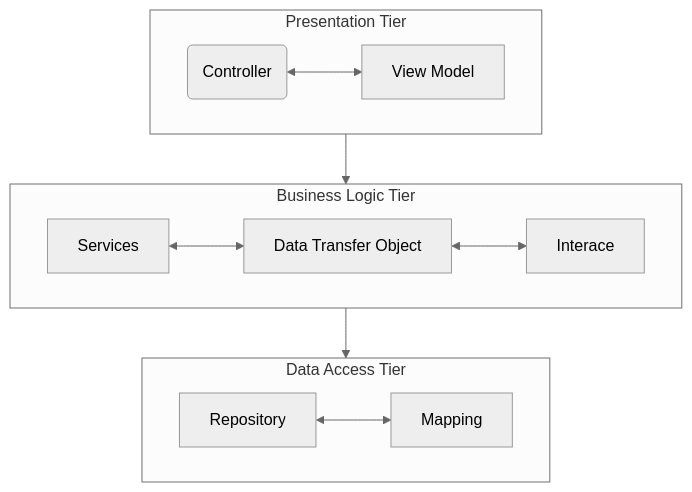
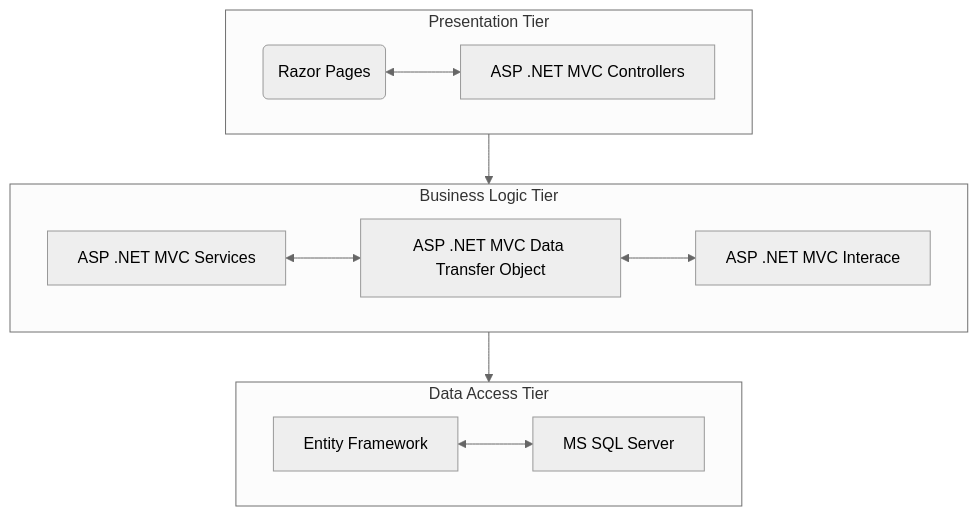
One commit to msmagnanijr/edc-dotnet-csharp changed the first of 2 diagrams in project-de-bloco/TP05/README.md. Above: the diagram before and after it, drawn with Mermaid. The commit also changed other lines of this file, not shown here.

````diff
--- a/project-de-bloco/TP05/README.md
+++ b/project-de-bloco/TP05/README.md
@@ -11,19 +14,19 @@
 ```mermaid
 %%{init:{"theme":"neutral"}}%%
 flowchart TB
 
   Presentation --> Bussiness --> Data
 
   subgraph Presentation [Presentation Tier]
-    A(Controller) <--> B[ View Model]
+    A(Razor Pages) <--> B[ ASP .NET MVC Controllers]
   end
 
   subgraph Bussiness [Business Logic Tier]
-    C[Services] <--> D[Data Transfer Object] <--> E[Interace]
+    C[ASP .NET MVC Services] <--> D[ASP .NET MVC Data Transfer Object] <--> E[ASP .NET MVC Interace]
   end
 
   subgraph Data [Data Access Tier]
-    G[Repository] <--> F[Mapping]
+    G[Entity Framework] <--> F[ MS SQL Server]
   end
 
 ```
````
